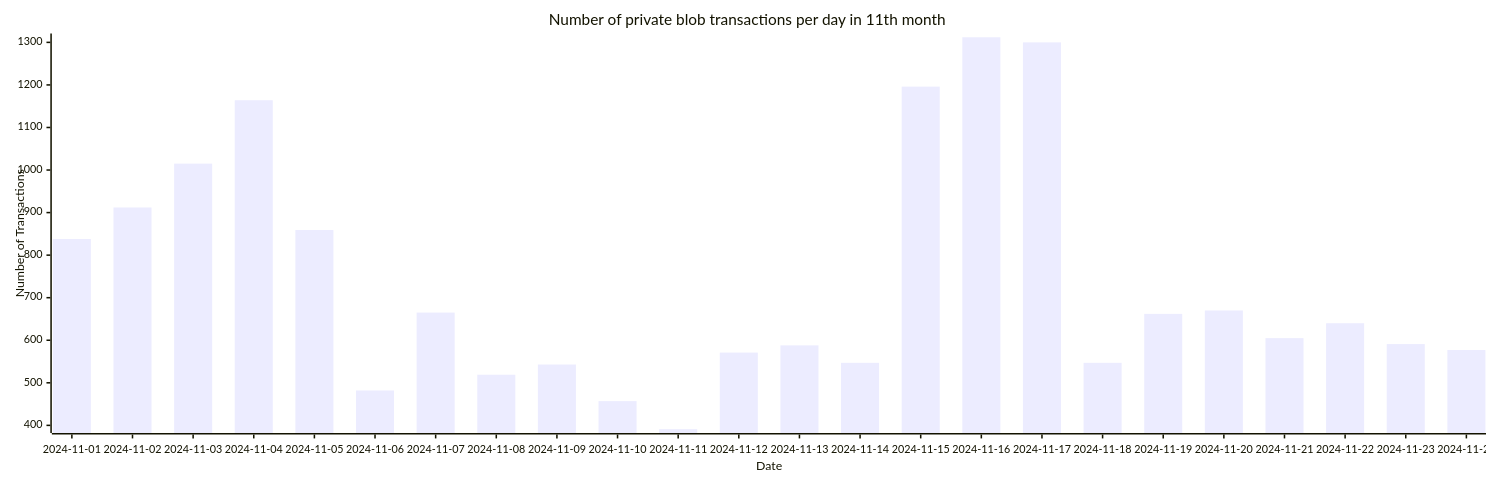
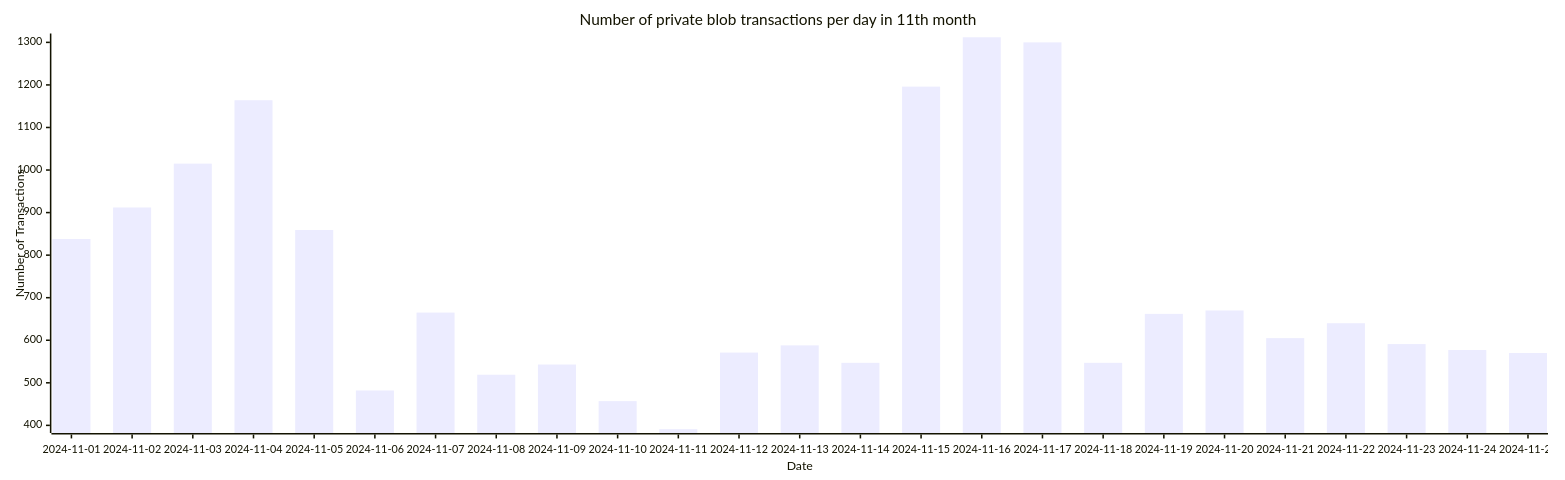
The ninth of 9 diagrams in README.md (Amit0617/eip4844-data), drawn with Mermaid before and after one commit. The commit also changed 1 other file, not shown here.

````diff
--- a/README.md
+++ b/README.md
@@ -105,12 +105,12 @@
 ```mermaid
 ---
 config:
     xyChart:
-        width: 1920
+        width: 2000
         height: 600
 ---
 xychart-beta title "Number of private blob transactions per day in 11th month"
-x-axis "Date" [2024-11-01,2024-11-02,2024-11-03,2024-11-04,2024-11-05,2024-11-06,2024-11-07,2024-11-08,2024-11-09,2024-11-10,2024-11-11,2024-11-12,2024-11-13,2024-11-14,2024-11-15,2024-11-16,2024-11-17,2024-11-18,2024-11-19,2024-11-20,2024-11-21,2024-11-22,2024-11-23,2024-11-24]
+x-axis "Date" [2024-11-01,2024-11-02,2024-11-03,2024-11-04,2024-11-05,2024-11-06,2024-11-07,2024-11-08,2024-11-09,2024-11-10,2024-11-11,2024-11-12,2024-11-13,2024-11-14,2024-11-15,2024-11-16,2024-11-17,2024-11-18,2024-11-19,2024-11-20,2024-11-21,2024-11-22,2024-11-23,2024-11-24,2024-11-25]
 y-axis "Number of Transactions"
-bar[838,912,1015,1164,859,482,665,519,543,457,391,571,588,547,1196,1312,1300,547,662,670,605,640,591,577]
+bar[838,912,1015,1164,859,482,665,519,543,457,391,571,588,547,1196,1312,1300,547,662,670,605,640,591,577,570]
 ```
````
